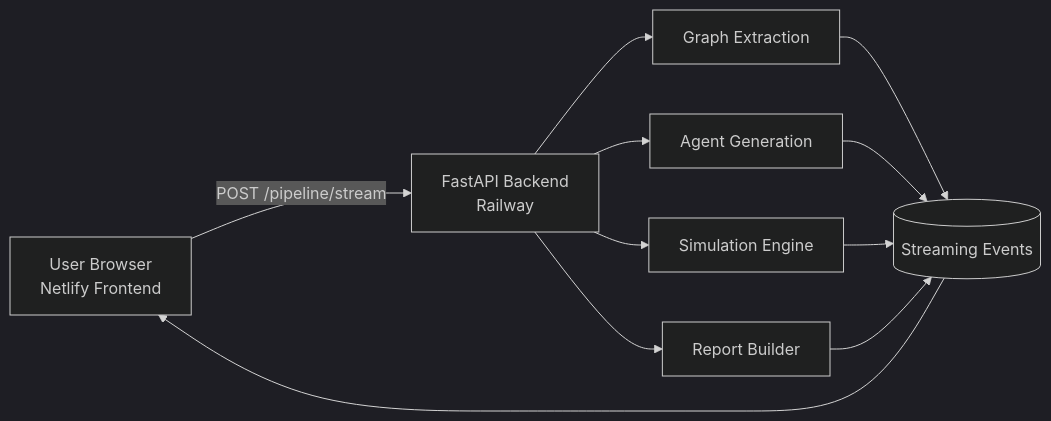
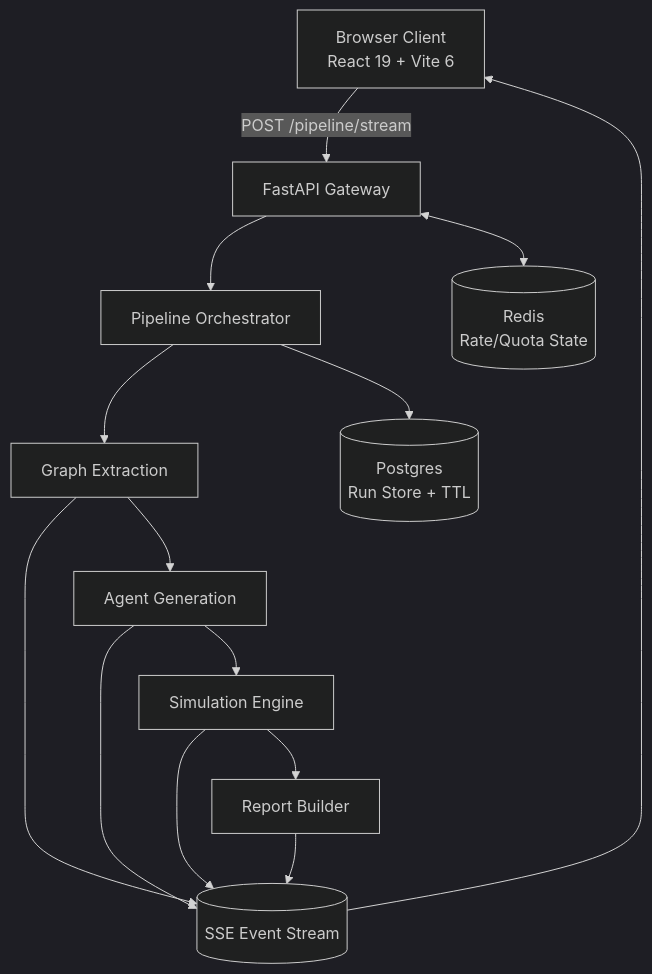
One commit to VaibhavGIT5048/SynScoAI changed the first of 2 diagrams in README.md. Above: the diagram before and after it, drawn with Mermaid (dark theme). The commit also changed other lines of this file, not shown here.

Commit message:
docs: elevate README with updated architecture and skills

````diff
--- a/README.md
+++ b/README.md
@@ -74,15 +78,24 @@
 ```mermaid
-flowchart LR
-  U["User Browser\nNetlify Frontend"]
-  B["FastAPI Backend\nRailway"]
-  U -->|POST /pipeline/stream| B
-    B --> C[Graph Extraction]
-    B --> D[Agent Generation]
-    B --> E[Simulation Engine]
-    B --> F[Report Builder]
-    C --> G[(Streaming Events)]
-    D --> G
-    E --> G
-    F --> G
-    G --> U
+flowchart TB
+  U["Browser Client\nReact 19 + Vite 6"]
+  A["FastAPI Gateway"]
+  P["Pipeline Orchestrator"]
+  G["Graph Extraction"]
+  N["Agent Generation"]
+  S["Simulation Engine"]
+  R["Report Builder"]
+  E[("SSE Event Stream")]
+  DB[("Postgres\nRun Store + TTL")]
+  RD[("Redis\nRate/Quota State")]
+
+  U -->|POST /pipeline/stream| A
+  A --> P
+  A <--> RD
+  P --> G --> N --> S --> R
+  G --> E
+  N --> E
+  S --> E
+  R --> E
+  E --> U
+  P --> DB
 ```
````
